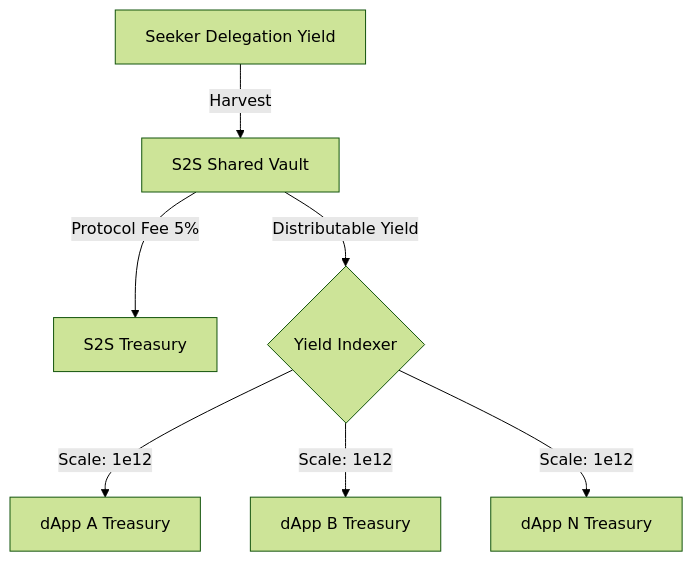
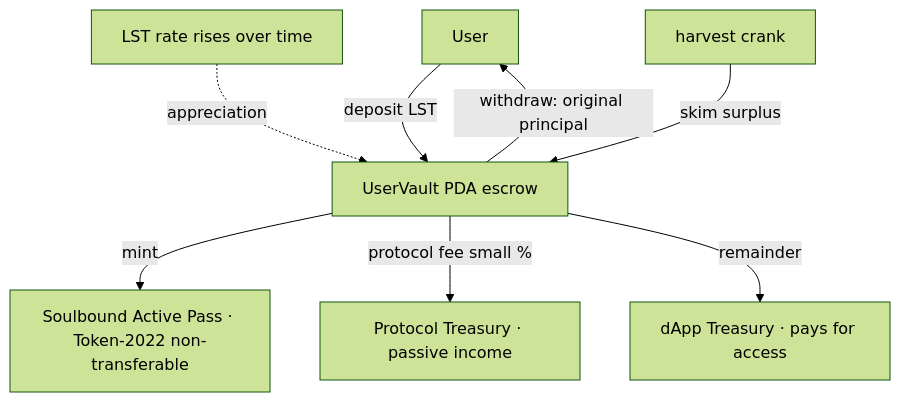
One commit to RYthaGOD/S2S-kit changed the diagram in README.md. Above: the diagram before and after it, drawn with Mermaid (forest theme). The commit also changed other lines of this file and 84 other files, not shown here.

First line of the commit message:
feat: rebuild as LST yield-routing vault; deploy live on devnet + Railway demo

````diff
--- a/README.md
+++ b/README.md
@@ -35,9 +31,10 @@
 ```mermaid
 graph TD
-    A[Seeker Delegation Yield] -->|Harvest| B[S2S Shared Vault]
-    B -->|Protocol Fee 5%| C[S2S Treasury]
-    B -->|Distributable Yield| D{Yield Indexer}
-    D -->|Scale: 1e12| E[dApp A Treasury]
-    D -->|Scale: 1e12| F[dApp B Treasury]
-    D -->|Scale: 1e12| G[dApp N Treasury]
+    U[User] -->|deposit LST| V[UserVault PDA escrow]
+    V -->|mint| P[Soulbound Active Pass · Token-2022 non-transferable]
+    R[LST rate rises over time] -.->|appreciation| V
+    C[harvest crank] -->|skim surplus| V
+    V -->|protocol fee small %| T[Protocol Treasury · passive income]
+    V -->|remainder| D[dApp Treasury · pays for access]
+    V -->|withdraw: original principal| U
 ```
````
